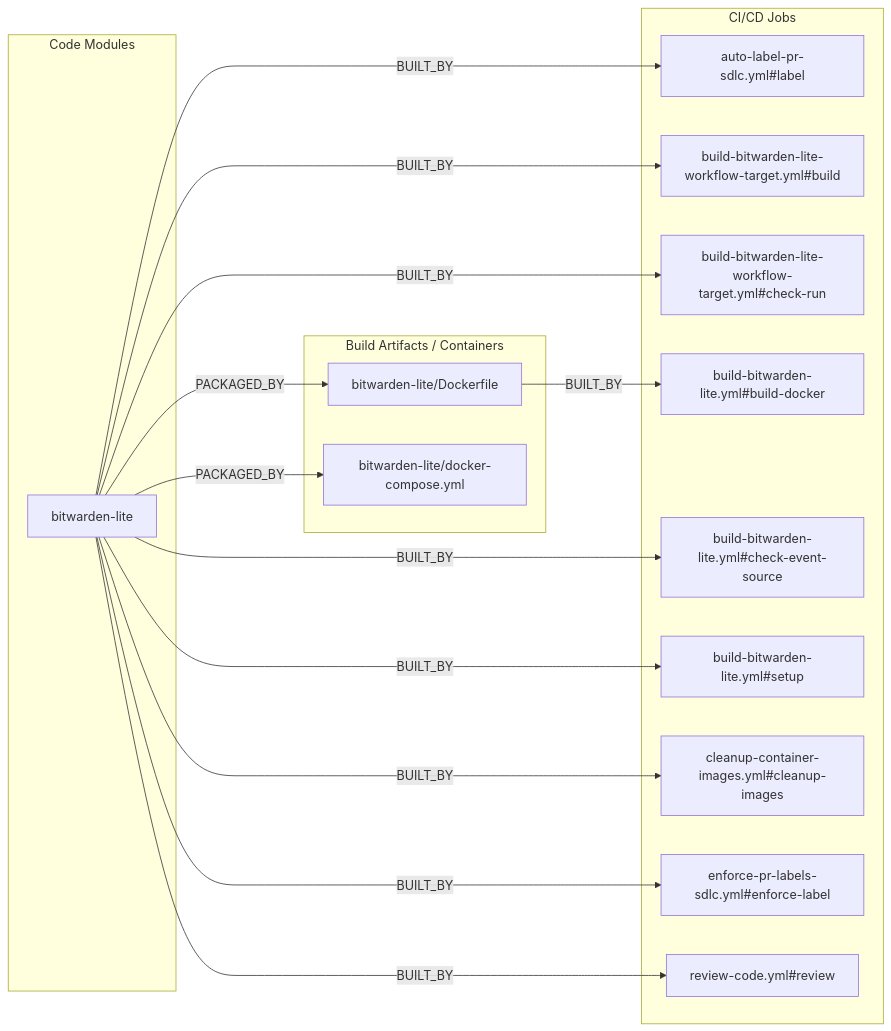
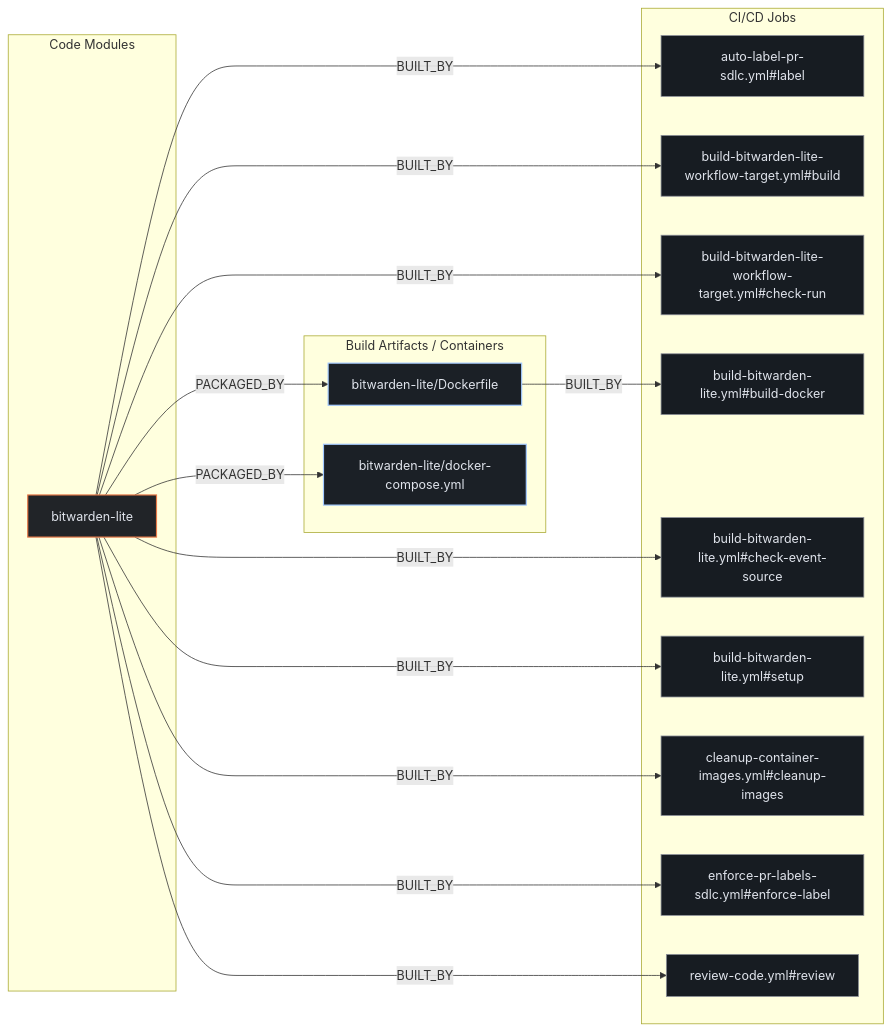
One commit to kumarshaz/atruss-code-atlas changed the second of 3 diagrams in exports/latest/reports/bitwarden-self-host-report.md. Above: the diagram before and after it, drawn with Mermaid. The commit also changed other lines of this file and 331 other files, not shown here.

Commit message:
docs,ui,fix: update SDLC docs, reorder CI/CD DAG first, stylize Mermaid, and fix Arc42 pipeline topology

````diff
--- a/exports/latest/reports/bitwarden-self-host-report.md
+++ b/exports/latest/reports/bitwarden-self-host-report.md
@@ -68,32 +75,36 @@
 ```mermaid
 flowchart LR
+    classDef atlasCategory fill:#212428,stroke:#E87A48,stroke-width:1.5px,color:#dfe3eb
+    classDef atlasWorkflow fill:#1b2026,stroke:#a3c9ff,stroke-width:1.5px,color:#dfe3eb
+    classDef atlasJob fill:#171c22,stroke:#8d9199,stroke-width:1px,color:#dfe3eb
+    classDef atlasTarget fill:#005227,stroke:#8bd99b,stroke-width:1.5px,color:#a7f6b6
     subgraph code_modules["Code Modules"]
-        mod_bitwarden_lite["bitwarden-lite"]
+        mod_bitwarden_lite["bitwarden-lite"]:::atlasCategory
     end
     subgraph build_artifacts["Build Artifacts / Containers"]
-        art_bitwarden_lite_Dockerfile["bitwarden-lite/Dockerfile"]
-        art_bitwarden_lite_docker_compose_yml["bitwarden-lite/docker-compose.yml"]
+        art_bitwarden_lite_Dockerfile["bitwarden-lite/Dockerfile"]:::atlasWorkflow
+        art_bitwarden_lite_docker_compose_yml["bitwarden-lite/docker-compose.yml"]:::atlasWorkflow
     end
     subgraph ci_jobs["CI/CD Jobs"]
-        job_auto_label_pr_sdlc_yml_label["auto-label-pr-sdlc.yml#label"]
-        job_build_bitwarden_lite_workflow_target_yml_build["build-bitwarden-lite-workflow-target.yml#build"]
-        job_build_bitwarden_lite_workflow_target_yml_check_run["build-bitwarden-lite-workflow-target.yml#check-run"]
-        job_build_bitwarden_lite_yml_build_docker["build-bitwarden-lite.yml#build-docker"]
-        job_build_bitwarden_lite_yml_check_event_source["build-bitwarden-lite.yml#check-event-source"]
-        job_build_bitwarden_lite_yml_setup["build-bitwarden-lite.yml#setup"]
-        job_cleanup_container_images_yml_cleanup_images["cleanup-container-images.yml#cleanup-images"]
-        job_enforce_pr_labels_sdlc_yml_enforce_label["enforce-pr-labels-sdlc.yml#enforce-label"]
-        job_review_code_yml_review["review-code.yml#review"]
+        job_auto_label_pr_sdlc_yml_label["auto-label-pr-sdlc.yml#label"]:::atlasJob
+        job_build_bitwarden_lite_workflow_target_yml_build["build-bitwarden-lite-workflow-target.yml#build"]:::atlasJob
+        job_build_bitwarden_lite_workflow_target_yml_check_run["build-bitwarden-lite-workflow-target.yml#check-run"]:::atlasJob
+        job_build_bitwarden_lite_yml_build_docker["build-bitwarden-lite.yml#build-docker"]:::atlasJob
+        job_build_bitwarden_lite_yml_check_event_source["build-bitwarden-lite.yml#check-event-source"]:::atlasJob
+        job_build_bitwarden_lite_yml_setup["build-bitwarden-lite.yml#setup"]:::atlasJob
+        job_cleanup_container_images_yml_cleanup_images["cleanup-container-images.yml#cleanup-images"]:::atlasJob
+        job_enforce_pr_labels_sdlc_yml_enforce_label["enforce-pr-labels-sdlc.yml#enforce-label"]:::atlasJob
+        job_review_code_yml_review["review-code.yml#review"]:::atlasJob
     end
     mod_bitwarden_lite -->|BUILT_BY| job_auto_label_pr_sdlc_yml_label
     mod_bitwarden_lite -->|BUILT_BY| job_build_bitwarden_lite_workflow_target_yml_build
     mod_bitwarden_lite -->|BUILT_BY| job_build_bitwarden_lite_workflow_target_yml_check_run
     mod_bitwarden_lite -->|BUILT_BY| job_build_bitwarden_lite_yml_check_event_source
     mod_bitwarden_lite -->|BUILT_BY| job_build_bitwarden_lite_yml_setup
     mod_bitwarden_lite -->|BUILT_BY| job_cleanup_container_images_yml_cleanup_images
     mod_bitwarden_lite -->|BUILT_BY| job_enforce_pr_labels_sdlc_yml_enforce_label
     mod_bitwarden_lite -->|BUILT_BY| job_review_code_yml_review
     mod_bitwarden_lite -->|PACKAGED_BY| art_bitwarden_lite_Dockerfile
     mod_bitwarden_lite -->|PACKAGED_BY| art_bitwarden_lite_docker_compose_yml
     art_bitwarden_lite_Dockerfile -->|BUILT_BY| job_build_bitwarden_lite_yml_build_docker
 ```
````
